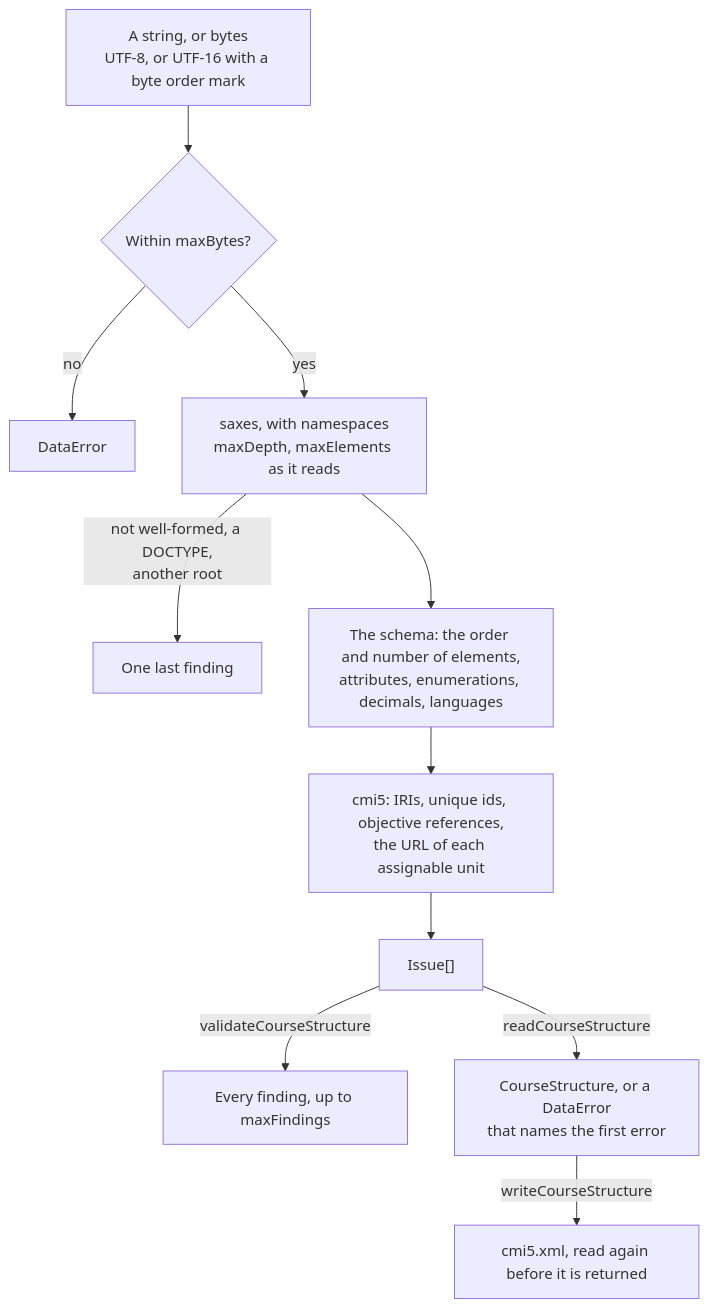
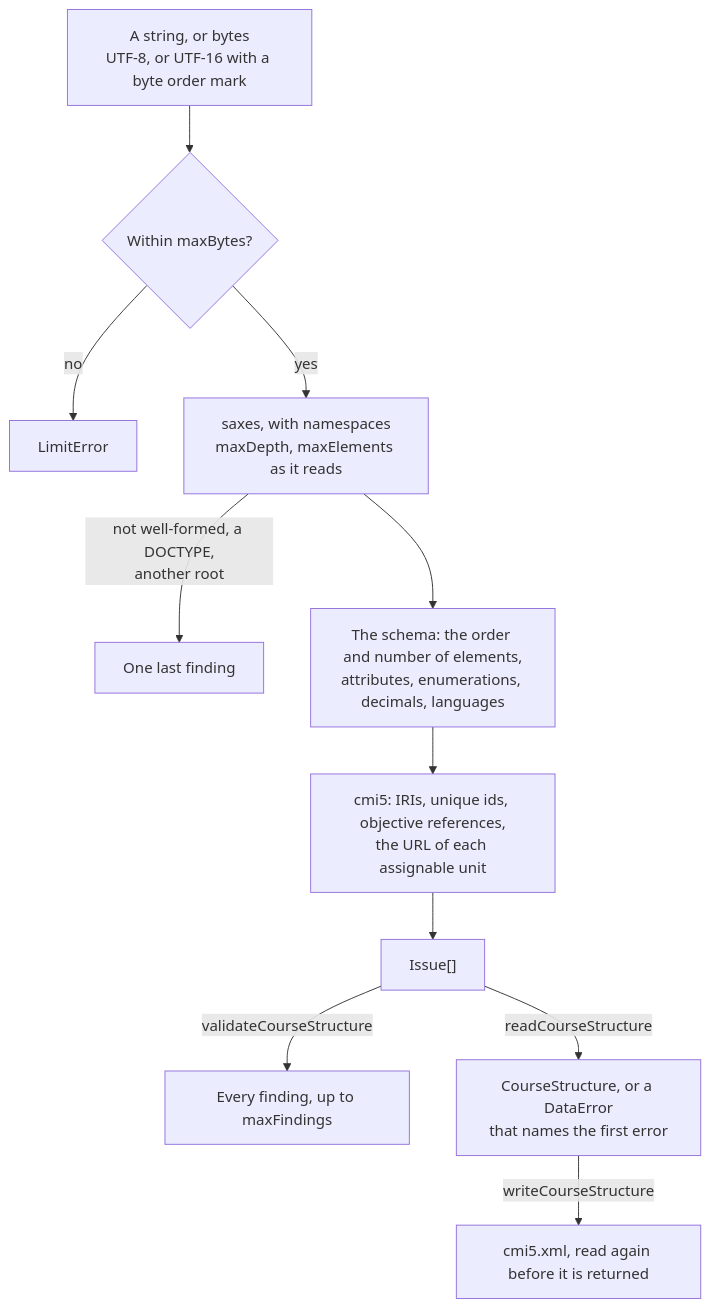
One commit to interopkit/interopkit changed the diagram in docs/course-launch/structure.md. Above: the diagram before and after it, drawn with Mermaid. The commit also changed other lines of this file and 137 other files, not shown here.

````diff
--- a/docs/course-launch/structure.md
+++ b/docs/course-launch/structure.md
@@ -8,13 +8,13 @@
 ```mermaid
 flowchart TD
   input["A string, or bytes<br/>UTF-8, or UTF-16 with a byte order mark"] --> limits{"Within maxBytes?"}
-  limits -->|"no"| refused["DataError"]
+  limits -->|"no"| refused["LimitError"]
   limits -->|"yes"| parse["saxes, with namespaces<br/>maxDepth, maxElements as it reads"]
   parse -->|"not well-formed, a DOCTYPE,<br/>another root"| stop["One last finding"]
   parse --> schema["The schema: the order and number of elements,<br/>attributes, enumerations, decimals, languages"]
   schema --> cmi5["cmi5: IRIs, unique ids, objective references,<br/>the URL of each assignable unit"]
   cmi5 --> findings["Issue[]"]
   findings -->|"validateCourseStructure"| list["Every finding, up to maxFindings"]
   findings -->|"readCourseStructure"| model["CourseStructure, or a DataError<br/>that names the first error"]
   model -->|"writeCourseStructure"| xml["cmi5.xml, read again before it is returned"]
 ```
````
